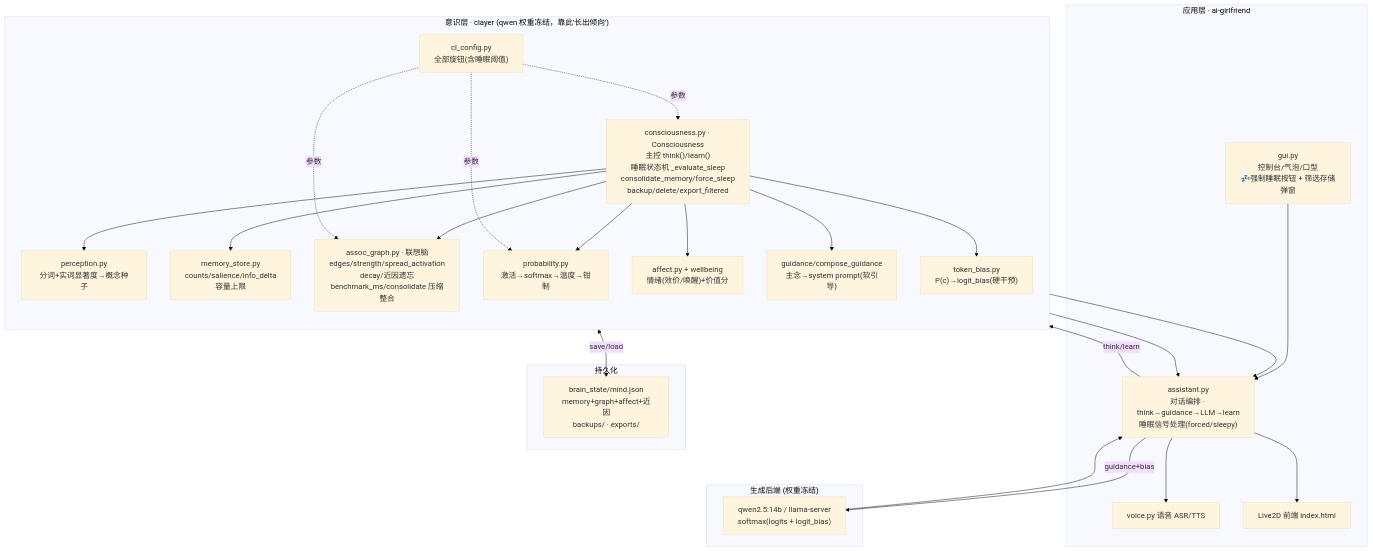
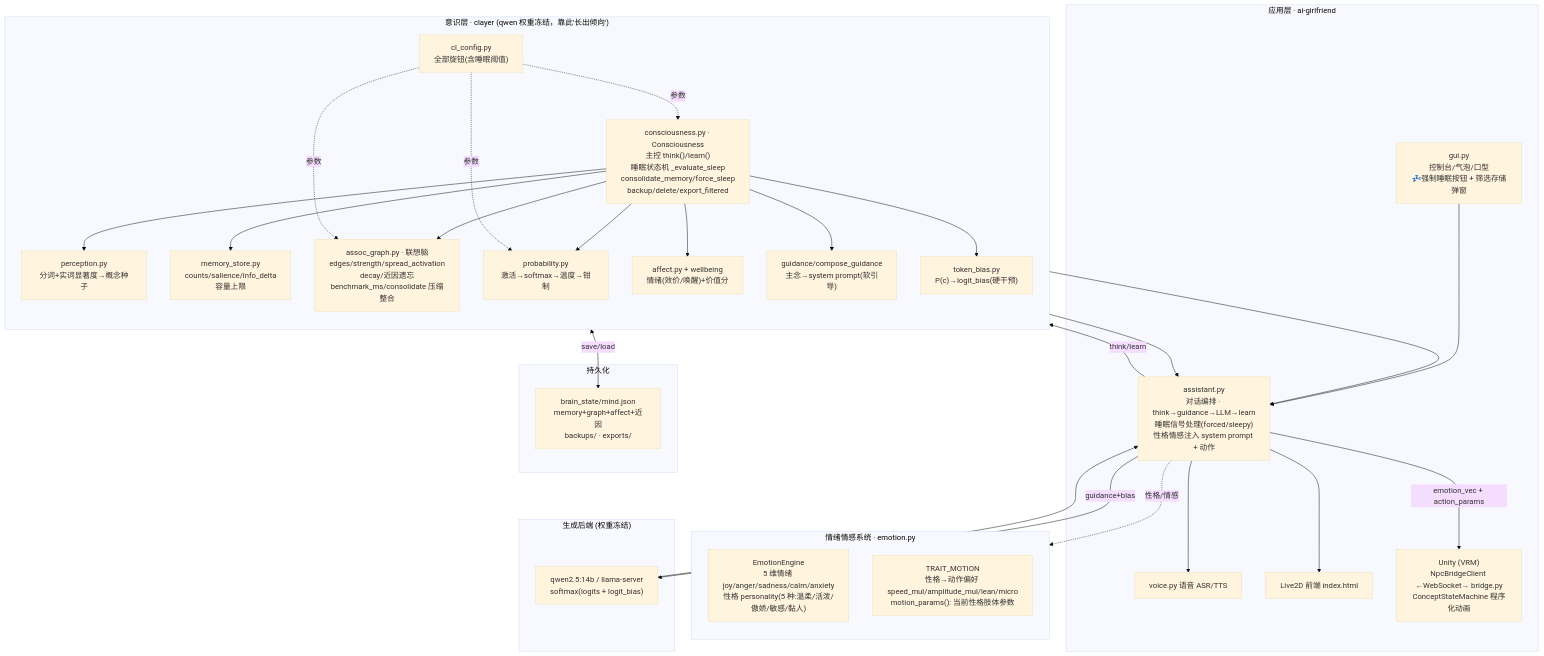
One commit to liyi-code/xiaonian-companion changed the first of 3 diagrams in docs/架构与数据流.md. Above: the diagram before and after it, drawn with Mermaid (base theme). The commit also changed other lines of this file and 341 other files, not shown here.

````diff
--- a/docs/架构与数据流.md
+++ b/docs/架构与数据流.md
@@ -11,42 +11,51 @@
 ```mermaid
 flowchart TB
     subgraph APP["应用层 · ai-girlfriend"]
         GUI["gui.py<br/>控制台/气泡/口型<br/>💤强制睡眠按钮 + 筛选存储弹窗"]
-        AST["assistant.py<br/>对话编排 · think→guidance→LLM→learn<br/>睡眠信号处理(forced/sleepy)"]
+        AST["assistant.py<br/>对话编排 · think→guidance→LLM→learn<br/>睡眠信号处理(forced/sleepy)<br/>性格情感注入 system prompt + 动作"]
         VOICE["voice.py 语音 ASR/TTS"]
         LIVE["Live2D 前端 index.html"]
+        UNITY["Unity (VRM)<br/>NpcBridgeClient ←WebSocket→ bridge.py<br/>ConceptStateMachine 程序化动画"]
+    end
+
+    subgraph EMOTION["情绪情感系统 · emotion.py"]
+        direction TB
+        EMO["EmotionEngine<br/>5 维情绪 joy/anger/sadness/calm/anxiety<br/>性格 personality(5 种:温柔/活泼/傲娇/敏感/黏人)"]
+        TRAIT["TRAIT_MOTION<br/>性格→动作偏好 speed_mul/amplitude_mul/lean/micro<br/>motion_params(): 当前性格肢体参数"]
     end
 
     subgraph CL["意识层 · clayer (qwen 权重冻结，靠此'长出倾向')"]
         direction TB
         CORE["consciousness.py · Consciousness<br/>主控 think()/learn()<br/>睡眠状态机 _evaluate_sleep<br/>consolidate_memory/force_sleep<br/>backup/delete/export_filtered"]
         PERC["perception.py<br/>分词+实词显著度→概念种子"]
         MEM["memory_store.py<br/>counts/salience/info_delta<br/>容量上限"]
         GRAPH["assoc_graph.py · 联想脑<br/>edges/strength/spread_activation<br/>decay/近因遗忘<br/>benchmark_ms/consolidate 压缩整合"]
         PROB["probability.py<br/>激活→softmax→温度→钳制"]
         AFF["affect.py + wellbeing<br/>情绪(效价/唤醒)+价值分"]
         GUIDE["guidance/compose_guidance<br/>主念→system prompt(软引导)"]
         BIAS["token_bias.py<br/>P(c)→logit_bias(硬干预)"]
         CFG["cl_config.py<br/>全部旋钮(含睡眠阈值)"]
     end
 
     subgraph LLM["生成后端 (权重冻结)"]
         Q["qwen2.5:14b / llama-server<br/>softmax(logits + logit_bias)"]
     end
 
     subgraph STORE["持久化"]
         J["brain_state/mind.json<br/>memory+graph+affect+近因<br/>backups/ · exports/"]
     end
 
     GUI --> AST
     AST -->|think/learn| CORE
     AST -->|guidance+bias| Q
+    AST -->|emotion_vec + action_params| UNITY
+    AST -.性格/情感.-> EMOTION
     CORE --> PERC & MEM & GRAPH & PROB & AFF
     CORE --> GUIDE & BIAS
     GUIDE --> AST
     BIAS --> AST
     CFG -.参数.-> CORE & GRAPH & PROB
     CORE <-->|save/load| J
     Q --> AST
     AST --> VOICE & LIVE
 ```
````
